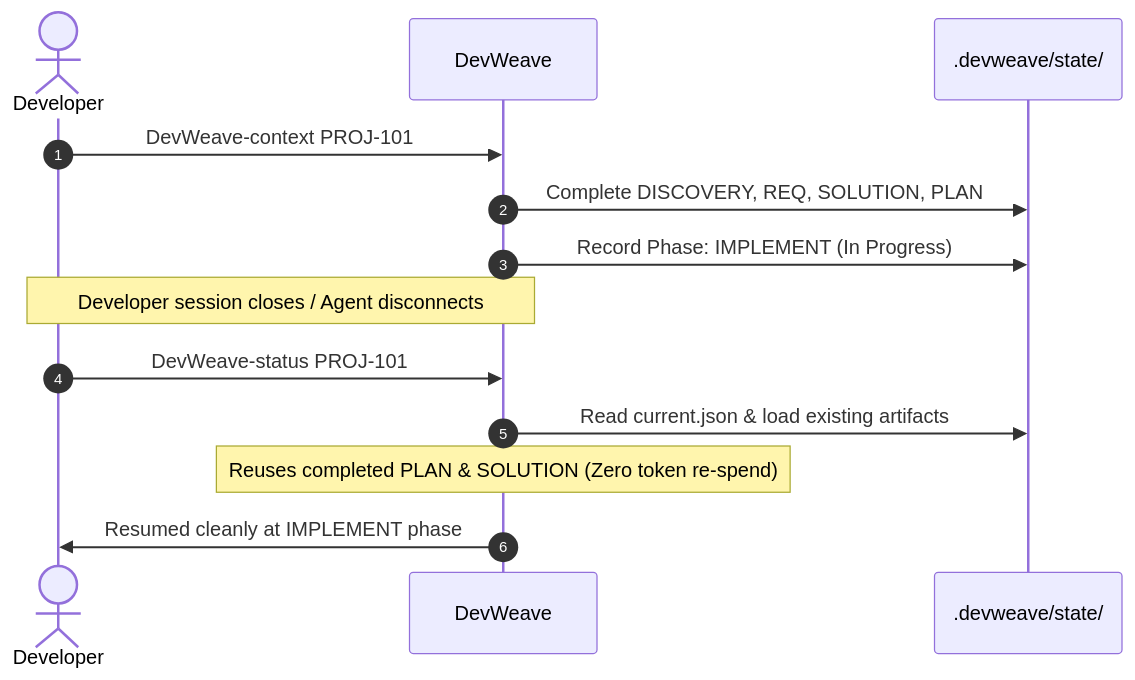
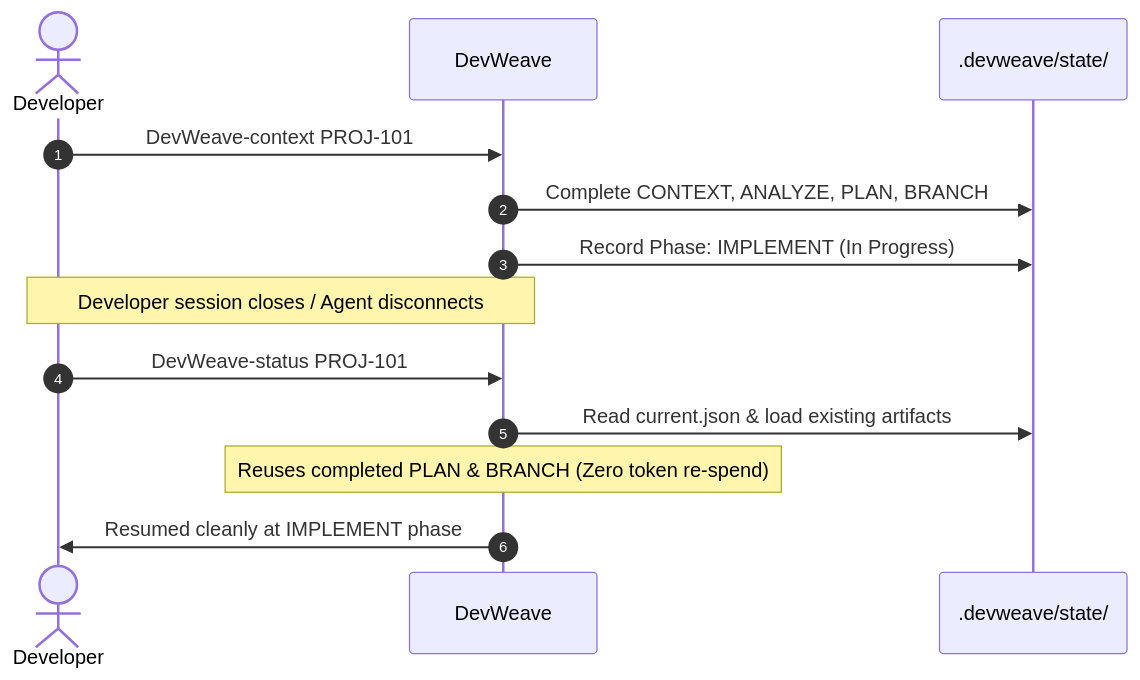
Before and after one commit to paarthivnaik/DevWeave: the fifth of 6 diagrams in docs/getting-started.md, drawn with Mermaid. The commit also changed other lines of this file and 17 other files, not shown here.

Commit message:
feat(workflow): synchronize DevWeave with canonical 6-phase lifecycle, fix lane, modernization lane, and HITL governance

````diff
--- a/docs/getting-started.md
+++ b/docs/getting-started.md
@@ -371,17 +226,17 @@
 ```mermaid
 sequenceDiagram
     autonumber
     actor Developer
     participant DevWeave
     participant Filesystem as .devweave/state/
     
     Developer->>DevWeave: DevWeave-context PROJ-101
-    DevWeave->>Filesystem: Complete DISCOVERY, REQ, SOLUTION, PLAN
+    DevWeave->>Filesystem: Complete CONTEXT, ANALYZE, PLAN, BRANCH
     DevWeave->>Filesystem: Record Phase: IMPLEMENT (In Progress)
     Note over Developer,DevWeave: Developer session closes / Agent disconnects
     
     Developer->>DevWeave: DevWeave-status PROJ-101
     DevWeave->>Filesystem: Read current.json & load existing artifacts
-    Note over DevWeave: Reuses completed PLAN & SOLUTION (Zero token re-spend)
+    Note over DevWeave: Reuses completed PLAN & BRANCH (Zero token re-spend)
     DevWeave->>Developer: Resumed cleanly at IMPLEMENT phase
 ```
````
